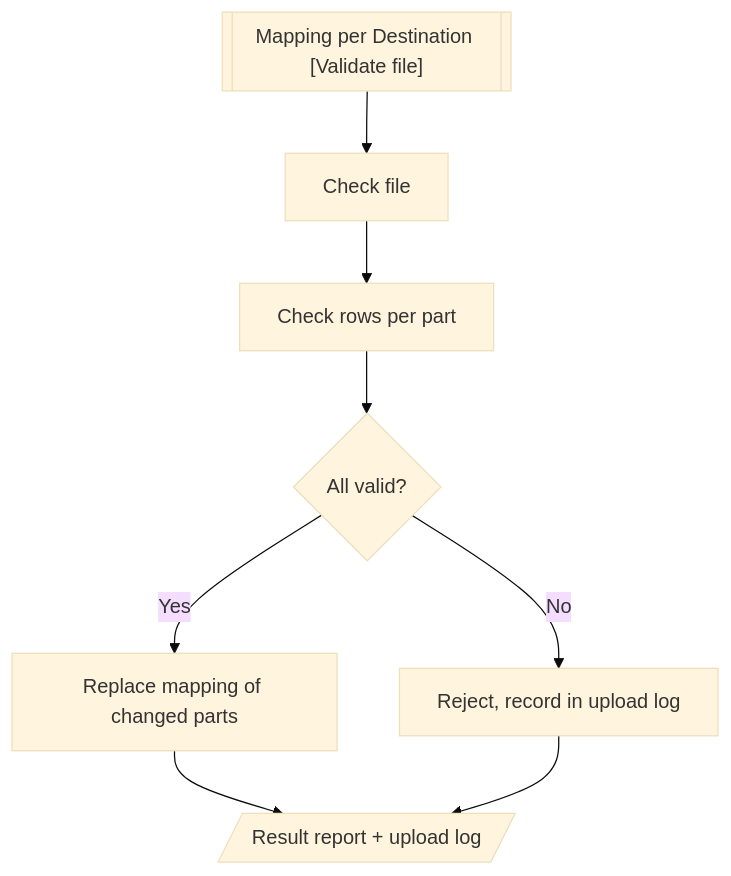
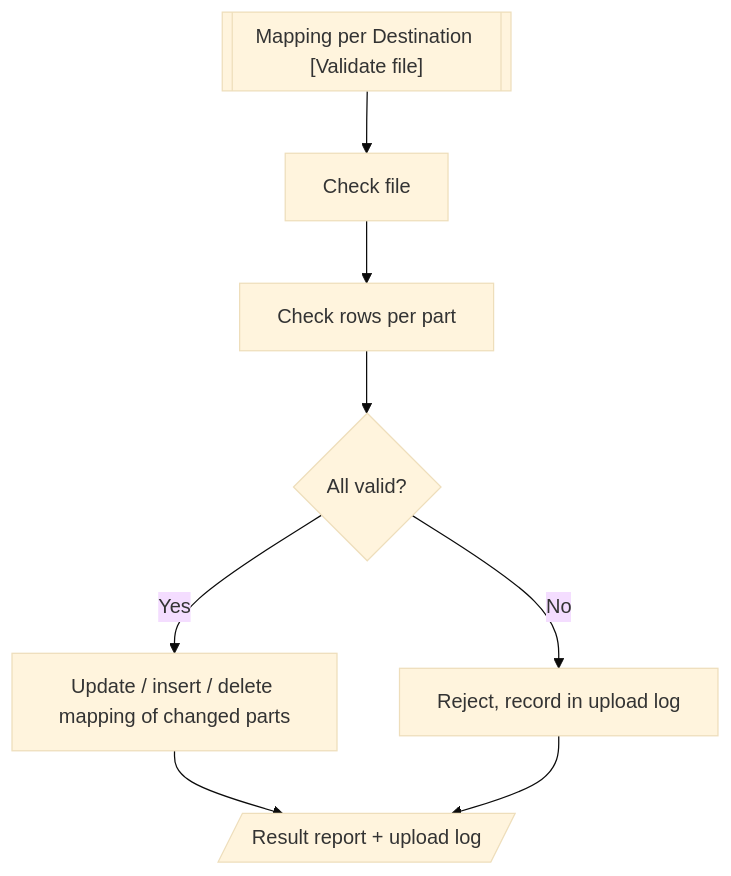
One commit to ivanrayhannn/crossdockpoc changed the first of 2 diagrams in prepare_code/uiss/XD03_Batch_PartDestinationMappingUpload.md. Above: the diagram before and after it, drawn with Mermaid (base theme). The commit also changed other lines of this file and 9 other files, not shown here.

First line of the commit message:
XD01 / XD03: save mapping per destination (update / insert / delete) instead of delete-all + insert

````diff
--- a/prepare_code/uiss/XD03_Batch_PartDestinationMappingUpload.md
+++ b/prepare_code/uiss/XD03_Batch_PartDestinationMappingUpload.md
@@ -24,17 +24,17 @@
 ```mermaid
 flowchart TB
   a[["Mapping per Destination [Validate file]"]]
   b["Check file"]
   c["Check rows per part"]
   d{"All valid?"}
-  e["Replace mapping of changed parts"]
+  e["Update / insert / delete mapping of changed parts"]
   f["Reject, record in upload log"]
   g[/"Result report + upload log"/]
   a --> b
   b --> c
   c --> d
   d -->|Yes| e
   d -->|No| f
   e --> g
   f --> g
 ```
````
